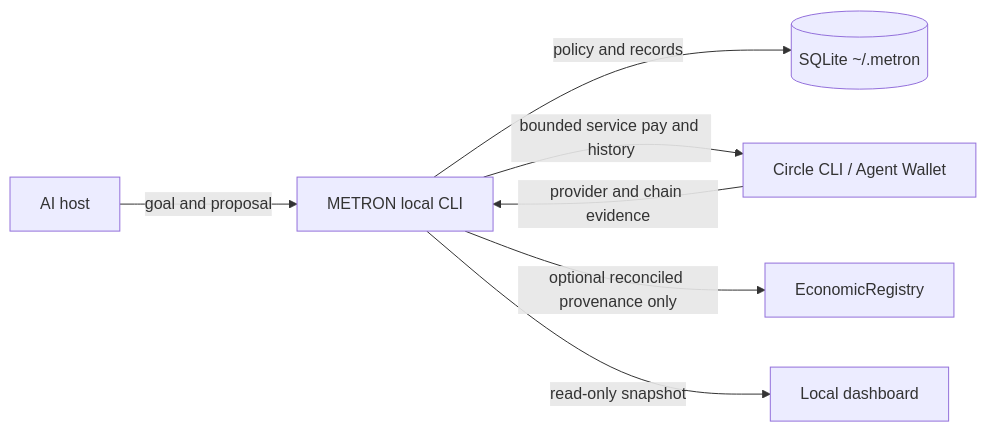
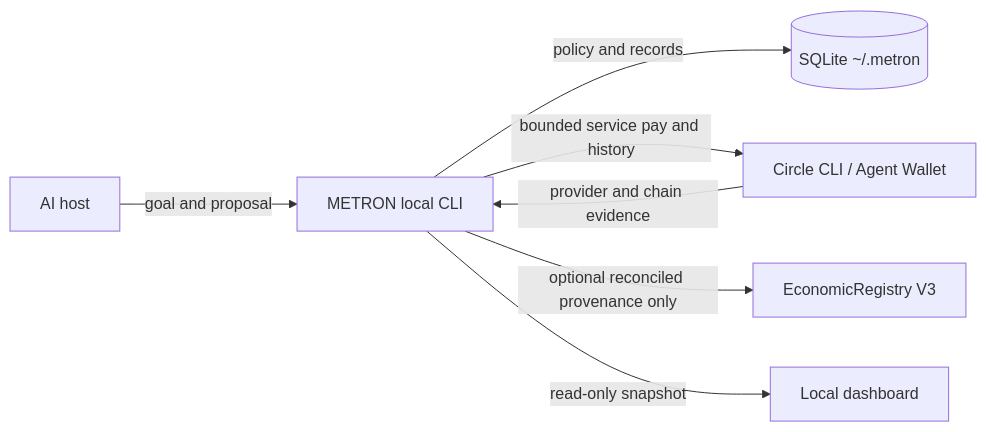
The diagram in README.md (riyannode/metronarc), drawn with Mermaid before and after one commit. The commit also changed other lines of this file and 10 other files, not shown here.

````diff
--- a/README.md
+++ b/README.md
@@ -9,9 +9,9 @@
 ```mermaid
 flowchart LR
   H[AI host] -->|goal and proposal| M[METRON local CLI]
   M -->|policy and records| S[(SQLite ~/.metron)]
   M -->|bounded service pay and history| C[Circle CLI / Agent Wallet]
   C -->|provider and chain evidence| M
-  M -->|optional reconciled provenance only| R[EconomicRegistry]
+  M -->|optional reconciled provenance only| R[EconomicRegistry V3]
   M -->|read-only snapshot| D[Local dashboard]
 ```
````
